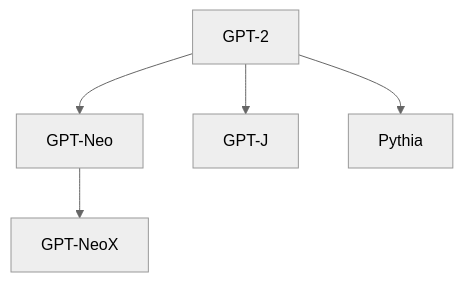
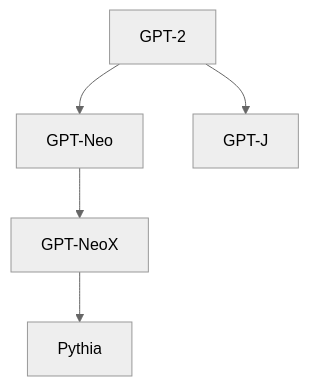
The sixth of 21 diagrams in doc/llm.md (ted-sharp/chatvox), drawn with Mermaid (neutral theme) before and after one commit. The commit also changed other lines of this file, not shown here.

````diff
--- a/doc/llm.md
+++ b/doc/llm.md
@@ -288,7 +288,6 @@
 ```mermaid
 flowchart
 
-GPT-2 --> GPT-Neo --> GPT-NeoX
+GPT-2 --> GPT-Neo --> GPT-NeoX --> Pythia
 GPT-2 --> GPT-J
-GPT-2 --> Pythia
 ```
````
